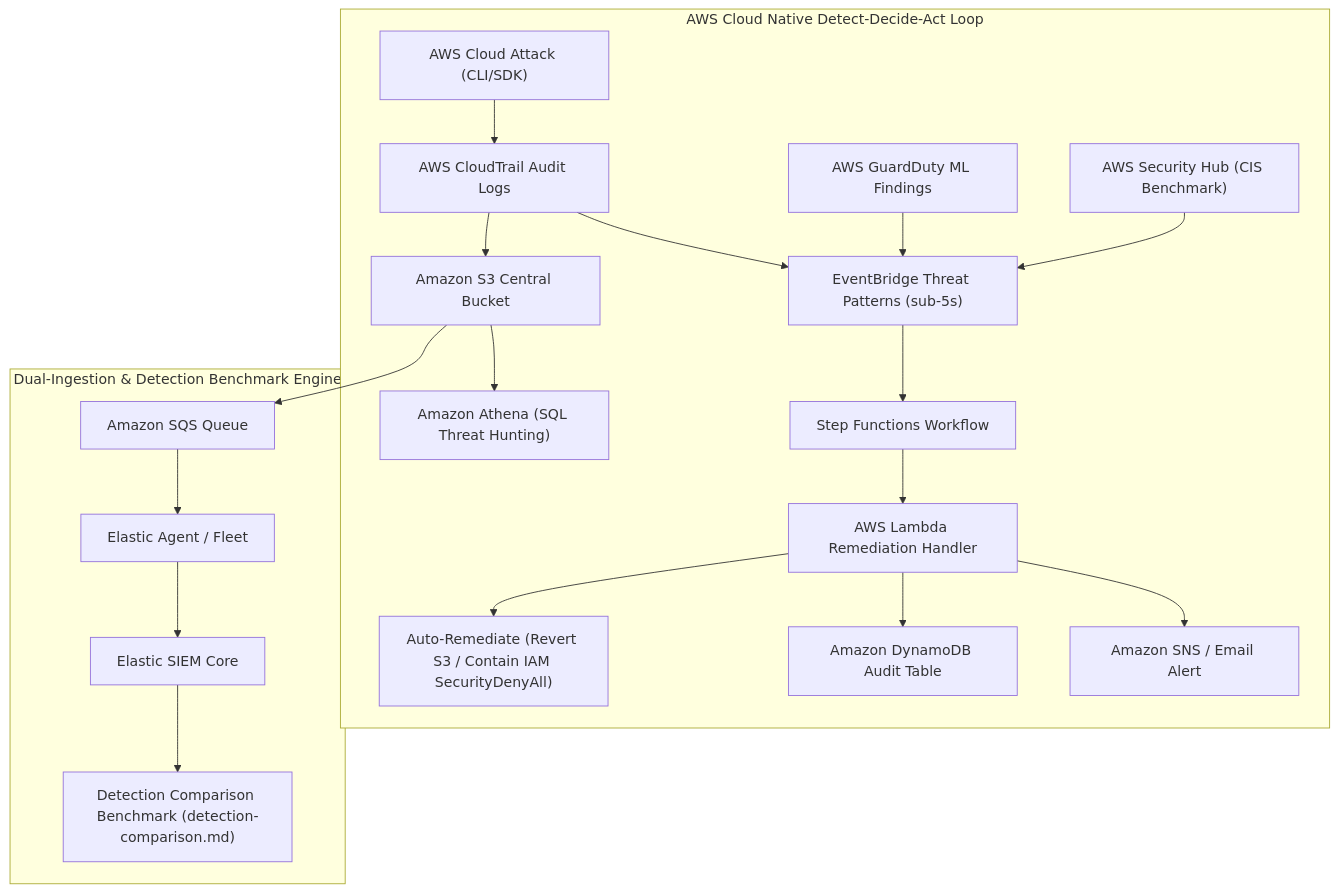
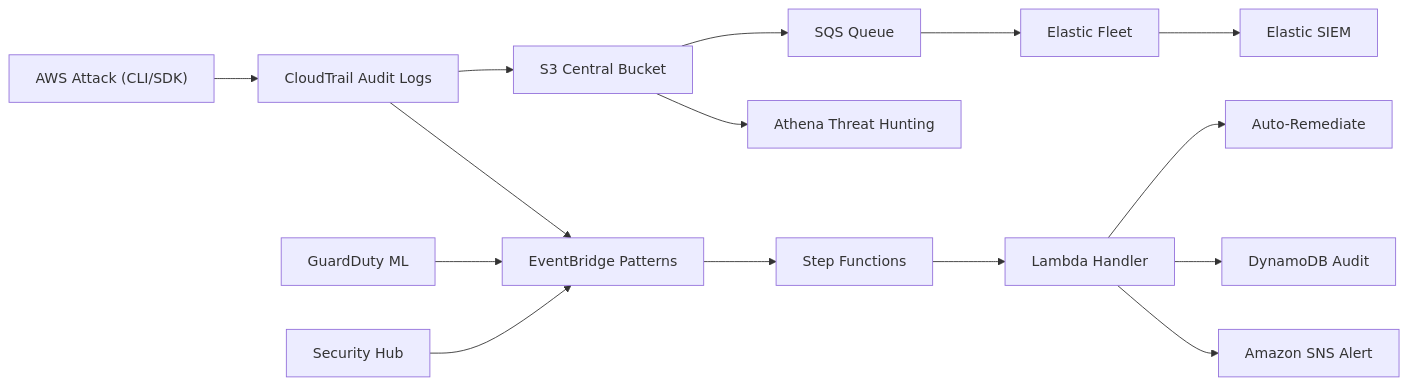
One commit to VAENeverD1e/fcaj-huy changed the diagram in content/5-Workshop/5.1-Workshop-overview/_index.md. Above: the diagram before and after it, drawn with Mermaid. The commit also changed 4 other files, not shown here.

Commit message:
mermaid graph

```diff
--- a/content/5-Workshop/5.1-Workshop-overview/_index.md
+++ b/content/5-Workshop/5.1-Workshop-overview/_index.md
@@ -34,20 +34,14 @@
 {{< mermaid >}}
-graph TD
-    subgraph Track1["AWS Cloud Native Detect-Decide-Act Loop"]
-        A2["AWS Cloud Attack (CLI/SDK)"] --> C1["AWS CloudTrail Audit Logs"]
-        C1 --> C3["EventBridge Threat Patterns (sub-5s)"]
-        GD["AWS GuardDuty ML Findings"] --> C3
-        SH["AWS Security Hub (CIS Benchmark)"] --> C3
-        C3 --> SF["Step Functions Workflow"]
-        SF --> L1["AWS Lambda Remediation Handler"]
-        L1 --> SNS["Amazon SNS / Email Alert"]
-        L1 --> DDB["Amazon DynamoDB Audit Table"]
-        L1 --> ACT["Auto-Remediate (Revert S3 / Contain IAM SecurityDenyAll)"]
-        C1 --> S3["Amazon S3 Central Bucket"] --> ATH["Amazon Athena (SQL Threat Hunting)"]
-    end
-
-    subgraph ComparisonTrack["Dual-Ingestion & Detection Benchmark Engine"]
-        S3 --> SQS["Amazon SQS Queue"] --> EF["Elastic Agent / Fleet"] --> KIB["Elastic SIEM Core"]
-        KIB --> BENCH["Detection Comparison Benchmark (detection-comparison.md)"]
-    end
+graph LR
+    A2["AWS Attack (CLI/SDK)"] --> C1["CloudTrail Audit Logs"]
+    C1 --> C3["EventBridge Patterns"]
+    GD["GuardDuty ML"] --> C3
+    SH["Security Hub"] --> C3
+    C3 --> SF["Step Functions"]
+    SF --> L1["Lambda Handler"]
+    L1 --> SNS["Amazon SNS Alert"]
+    L1 --> DDB["DynamoDB Audit"]
+    L1 --> ACT["Auto-Remediate"]
+    C1 --> S3["S3 Central Bucket"] --> ATH["Athena Threat Hunting"]
+    S3 --> SQS["SQS Queue"] --> EF["Elastic Fleet"] --> KIB["Elastic SIEM"]
 {{< /mermaid >}}
```
